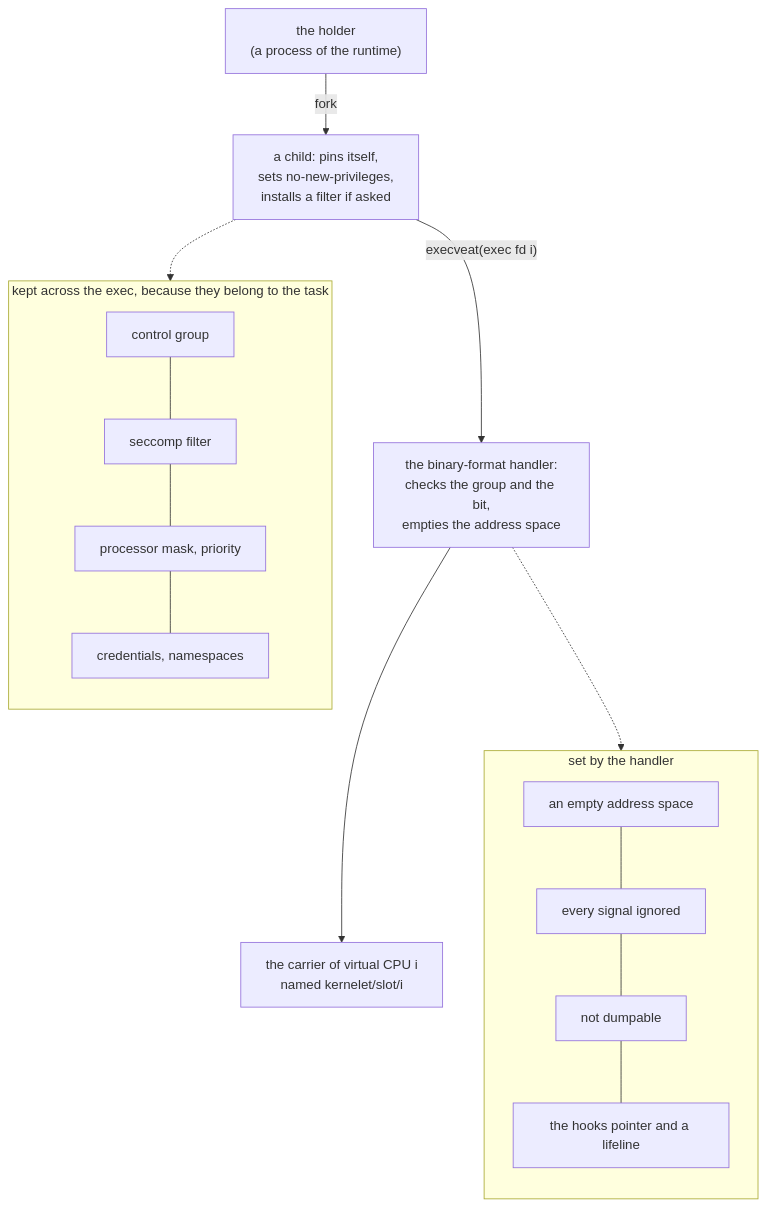
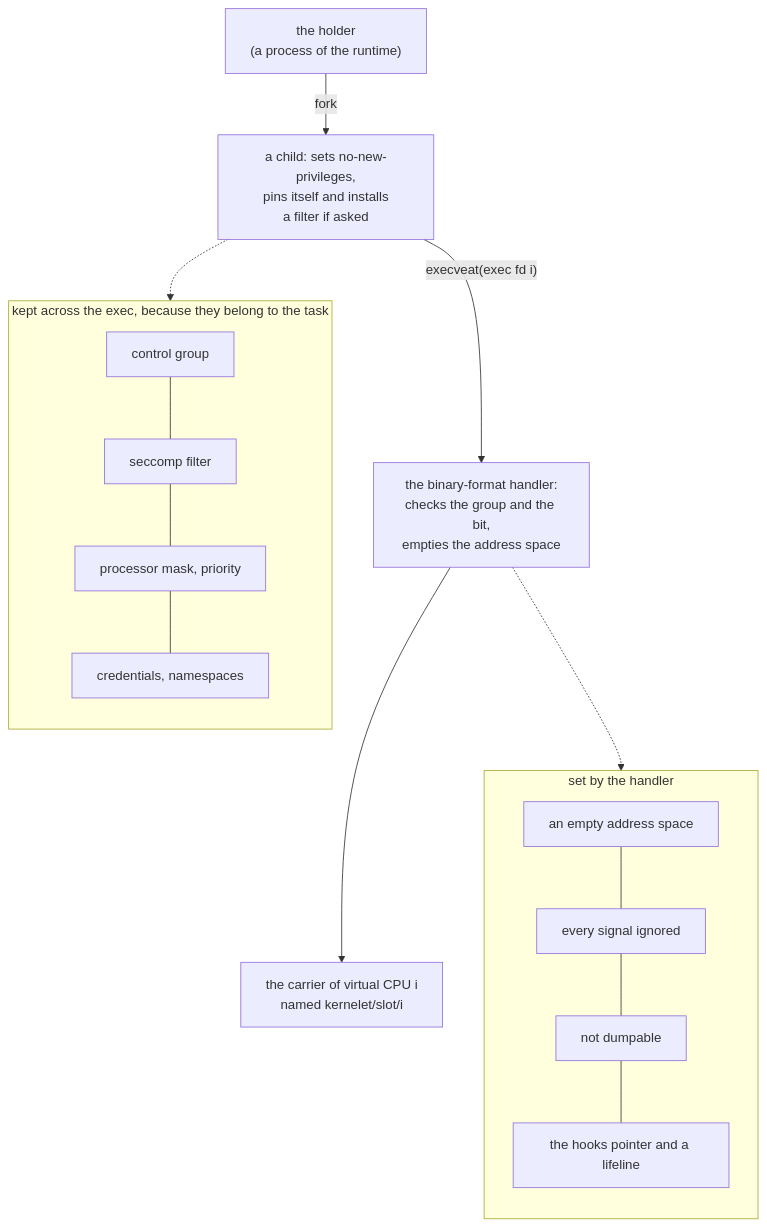
One commit to Plucky923/kernelet changed the diagram in src/carriers.md. Above: the diagram before and after it, drawn with Mermaid. The commit also changed other lines of this file and 15 other files, not shown here.

````diff
--- a/src/carriers.md
+++ b/src/carriers.md
@@ -83,16 +77,16 @@
 ```mermaid
 flowchart TB
-    h["the holder<br/>(a process of the runtime)"] -- "fork" --> ch["a child: pins itself,<br/>sets no-new-privileges,<br/>installs a filter if asked"]
+    h["the holder<br/>(a process of the runtime)"] -- "fork" --> ch["a child: sets no-new-privileges,<br/>pins itself and installs<br/>a filter if asked"]
     ch -- "execveat(exec fd i)" --> hd["the binary-format handler:<br/>checks the group and the bit,<br/>empties the address space"]
     hd --> c["the carrier of virtual CPU i<br/>named kernelet/slot/i"]
     subgraph kept["kept across the exec, because they belong to the task"]
         direction TB
         k1[control group] --- k2[seccomp filter] --- k3[processor mask, priority] --- k4[credentials, namespaces]
     end
     subgraph set["set by the handler"]
         direction TB
         s1["an empty address space"] --- s2["every signal ignored"] --- s3["not dumpable"] --- s4["the hooks pointer and a lifeline"]
     end
     ch -.-> kept
     hd -.-> set
 ```
````
